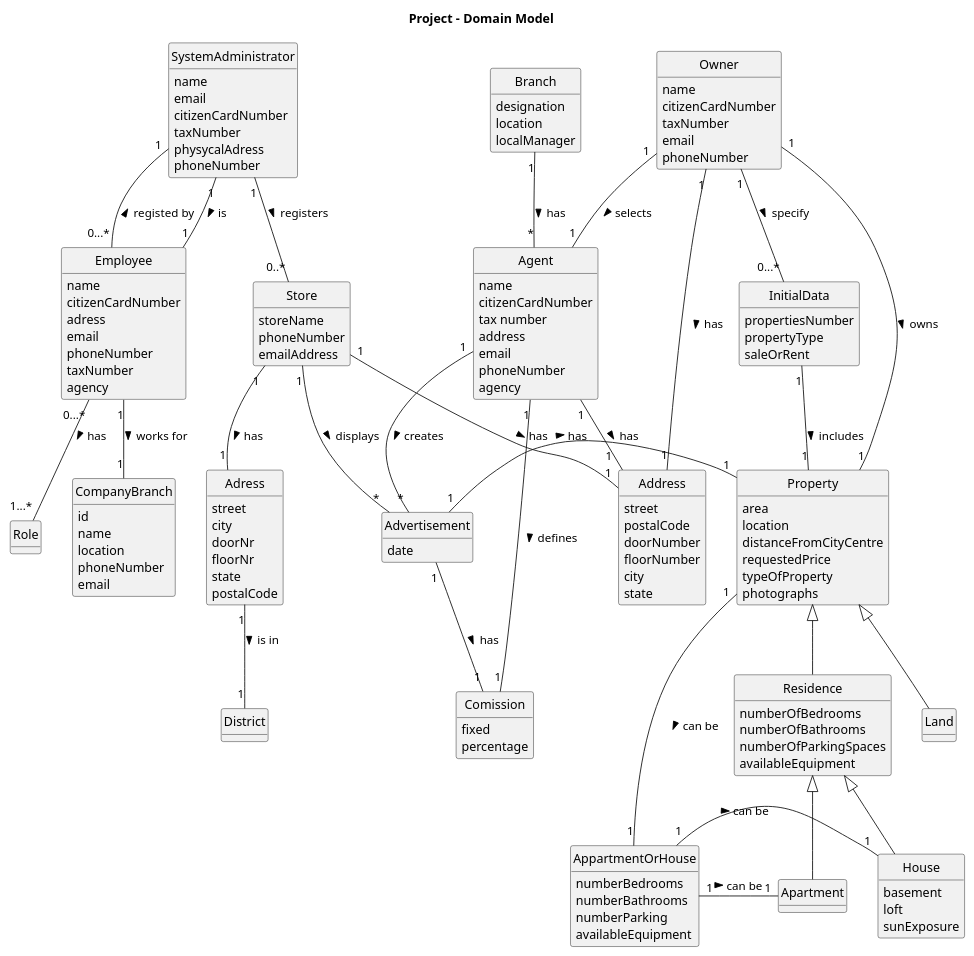
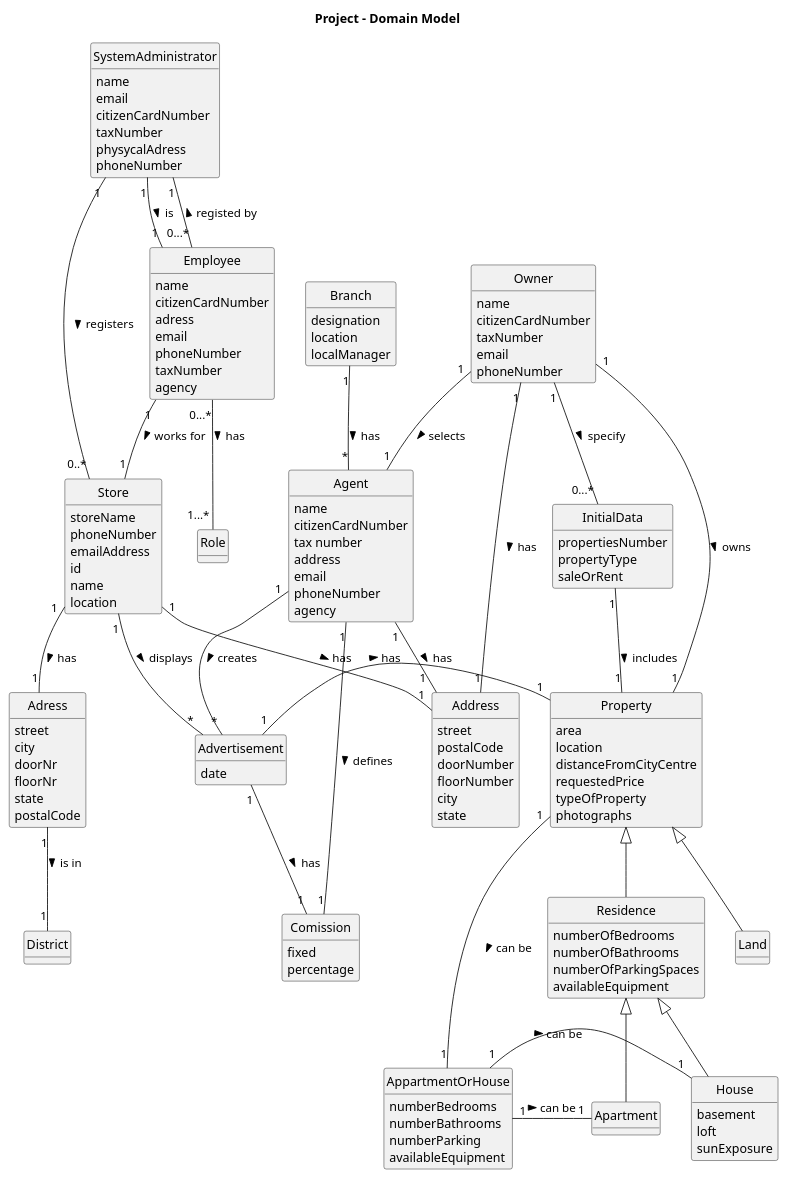
Before and after one commit to 1220812/LAPR2: the diagram in docs/sprintB/global-artifacts/02.analysis/puml/project-domain-model.puml, drawn with PlantUML. The commit also changed 1 other file, not shown here.

Commit message:
Project domain model update(store/company branch)

```diff
--- a/docs/sprintB/global-artifacts/02.analysis/puml/project-domain-model.puml
+++ b/docs/sprintB/global-artifacts/02.analysis/puml/project-domain-model.puml
@@ -1,178 +1,175 @@
 @startuml
 skinparam monochrome true
 skinparam packageStyle rectangle
 skinparam shadowing false
 
 'left to right direction
 
 skinparam classAttributeIconSize 0
 
 hide circle
 hide methods
 
 title Project - Domain Model
 
 class Adress{
 street
 city
 doorNr
 floorNr
 state
 postalCode
 }
 
 class District {
 }
 
 class Advertisement {
 }
 
 class Store {
     storeName
     phoneNumber
     emailAddress
+    id
+    name
+    location
 }
 class Branch {
     designation
     location
     localManager
 }
 
 class Agent {
     name
     citizenCardNumber
     tax number
     address
     email
     phoneNumber
     agency
 }
 
 class Property {
     area
     location
     distanceFromCityCentre
     requestedPrice
     typeOfProperty
     photographs
 }
 class Residence{
 numberOfBedrooms
 numberOfBathrooms
 numberOfParkingSpaces
 availableEquipment
 }
 
 class Advertisement {
     date
 }
 
 class AppartmentOrHouse {
     numberBedrooms
     numberBathrooms
     numberParking
     availableEquipment
 }
 
 class Comission {
     fixed
     percentage
 }
 class SystemAdministrator{
   name
   email
   citizenCardNumber
   taxNumber
   physycalAdress
   phoneNumber
 }
 
 
 class Employee {
     name
     citizenCardNumber
     adress
     email
     phoneNumber
     taxNumber
     agency
 }
 
-class CompanyBranch{
-id
-name
-location
-phoneNumber
-email
-}
+
 
 class Owner{
 name
 citizenCardNumber
 taxNumber
 email
 phoneNumber
 }
 
 class Role{
 }
 class Address {
     street
     postalCode
     doorNumber
     floorNumber
     city
     state
 }
 class InitialData{
 propertiesNumber
 propertyType
 saleOrRent
 }
 class House{
 basement
 loft
 sunExposure
 }
 
 class Apartment{
 }
 class Land{
 }
 
 
 SystemAdministrator "1" -- "0..*" Store : registers >
 Store "1" -- "1" Address : has  >
 
 SystemAdministrator "1"--"0...*" Employee: registed by <
 SystemAdministrator "1"--"1" Employee: is >
-Employee "1"--"1" CompanyBranch: works for >
+Employee "1"--"1" Store: works for >
 Employee "0...*"--"1...*" Role: has >
 Branch "1" -- "*" Agent : has >
 Agent "1" -- "*" Advertisement : creates >
 Owner "1" -- "1" Property : owns >
 Advertisement "1" - "1" Property : has >
 Property "1" -- "1" AppartmentOrHouse : can be >
 AppartmentOrHouse "1" - "1" House : can be >
 AppartmentOrHouse "1" - "1" Apartment : can be >
 Advertisement "1" -- "1" Comission : has >
 Agent "1" - "1" Comission : defines >
 
 Store "1"-- "*" Advertisement : displays >
 Store "1" -- "1" Adress : has  >
 Adress "1" -- "1" District : is in >
 
 Agent "1" -- "1  " Address : has  >
 
 Owner "1" -- "0...*" InitialData : specify >
 Owner "1" -- "1" Agent : selects >
 Owner "1" -- "1" Address : has  >
 
 InitialData "1" -- "1" Property : includes >
 
 Property <|--  Residence
 Property <|-- Land
 
 Residence <|-- House
 Residence <|-- Apartment
 @enduml
```
